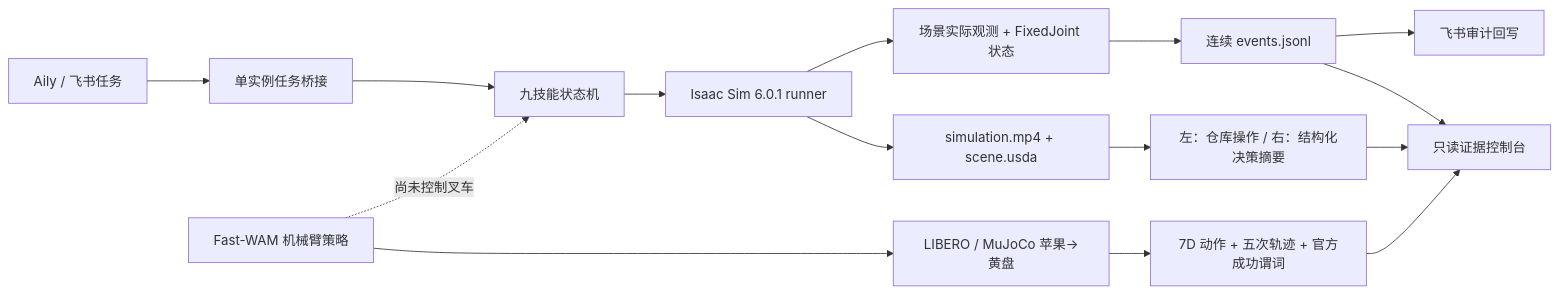
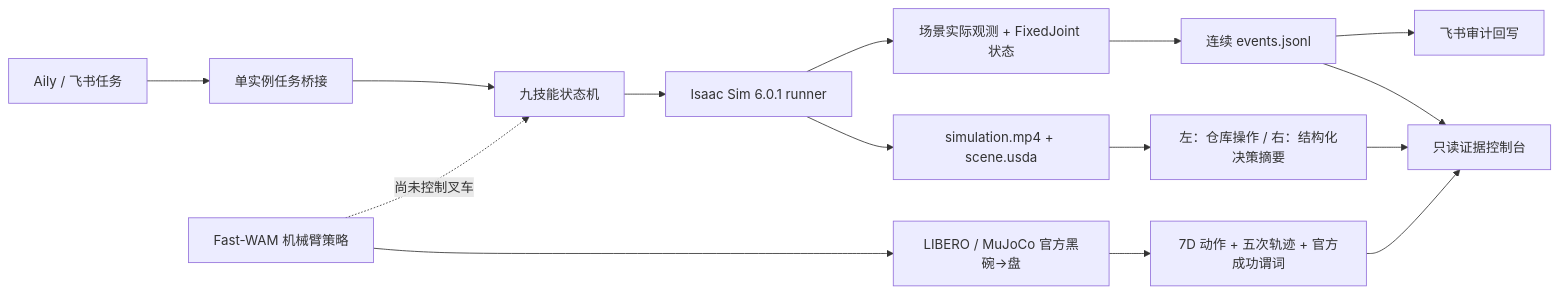
The diagram in demo/项目总结与交付说明.md (imChenRH/seer-competition), drawn with Mermaid before and after one commit. The commit also changed other lines of this file and 74 other files, not shown here.

````diff
--- a/demo/项目总结与交付说明.md
+++ b/demo/项目总结与交付说明.md
@@ -46,17 +44,17 @@
 ```mermaid
 flowchart LR
     A["Aily / 飞书任务"] --> B["单实例任务桥接"]
     B --> C["九技能状态机"]
     C --> D["Isaac Sim 6.0.1 runner"]
     D --> E["场景实际观测 + FixedJoint 状态"]
     E --> F["连续 events.jsonl"]
     F --> G["飞书审计回写"]
     F --> H["只读证据控制台"]
     D --> I["simulation.mp4 + scene.usda"]
     I --> K["左：仓库操作 / 右：结构化决策摘要"]
     K --> H
-    J["Fast-WAM 机械臂策略"] --> L["LIBERO / MuJoCo 苹果→黄盘"]
+    J["Fast-WAM 机械臂策略"] --> L["LIBERO / MuJoCo 官方黑碗→盘"]
     L --> M["7D 动作 + 五次轨迹 + 官方成功谓词"]
     M --> H
     J -. "尚未控制叉车" .-> C
 ```
````
